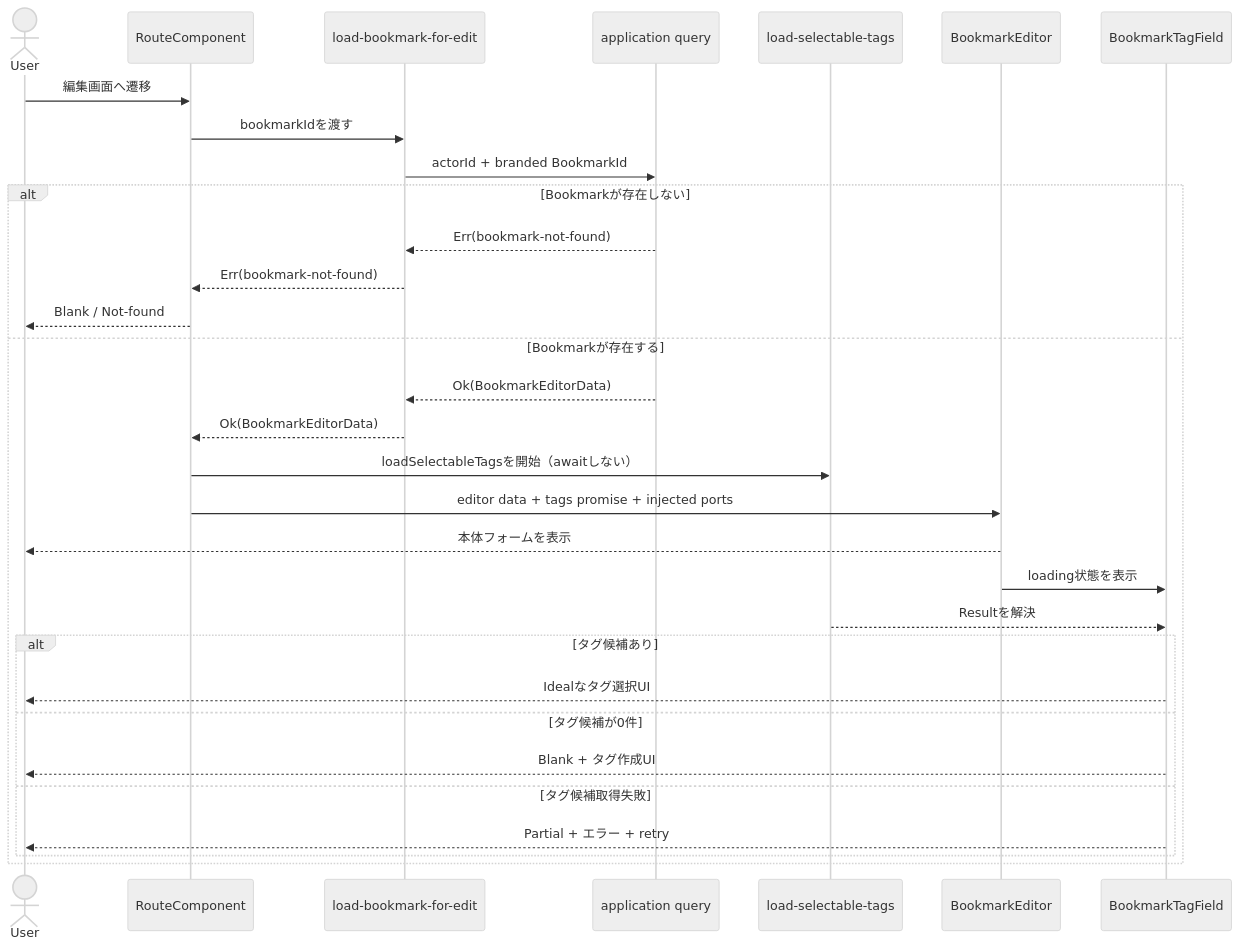
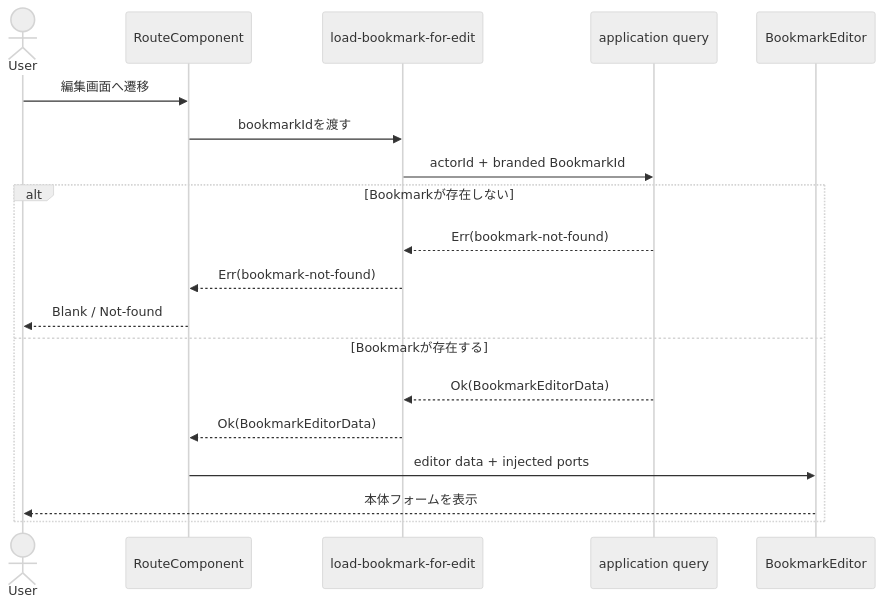
The second of 5 diagrams in docs/superpowers/specs/2026-07-31-bookmark-edit-screen-ddd-design.md (koralle/pantry), drawn with Mermaid (neutral theme) before and after one commit. The commit also changed other lines of this file and 39 other files, not shown here.

First line of the commit message:
refactor(bookmarks): remove bookmark tag field (#169)

````diff
--- a/docs/superpowers/specs/2026-07-31-bookmark-edit-screen-ddd-design.md
+++ b/docs/superpowers/specs/2026-07-31-bookmark-edit-screen-ddd-design.md
@@ -122,34 +107,22 @@
 ```mermaid
 sequenceDiagram
   actor User
   participant Route as RouteComponent
   participant BookmarkFn as load-bookmark-for-edit
   participant BookmarkApp as application query
-  participant TagsFn as load-selectable-tags
   participant Editor as BookmarkEditor
-  participant TagField as BookmarkTagField
 
   User->>Route: 編集画面へ遷移
   Route->>BookmarkFn: bookmarkIdを渡す
   BookmarkFn->>BookmarkApp: actorId + branded BookmarkId
   alt Bookmarkが存在しない
     BookmarkApp-->>BookmarkFn: Err(bookmark-not-found)
     BookmarkFn-->>Route: Err(bookmark-not-found)
     Route-->>User: Blank / Not-found
   else Bookmarkが存在する
     BookmarkApp-->>BookmarkFn: Ok(BookmarkEditorData)
     BookmarkFn-->>Route: Ok(BookmarkEditorData)
-    Route->>TagsFn: loadSelectableTagsを開始（awaitしない）
-    Route->>Editor: editor data + tags promise + injected ports
+    Route->>Editor: editor data + injected ports
     Editor-->>User: 本体フォームを表示
-    Editor->>TagField: loading状態を表示
-    TagsFn-->>TagField: Resultを解決
-    alt タグ候補あり
-      TagField-->>User: Idealなタグ選択UI
-    else タグ候補が0件
-      TagField-->>User: Blank + タグ作成UI
-    else タグ候補取得失敗
-      TagField-->>User: Partial + エラー + retry
-    end
   end
 ```
````
